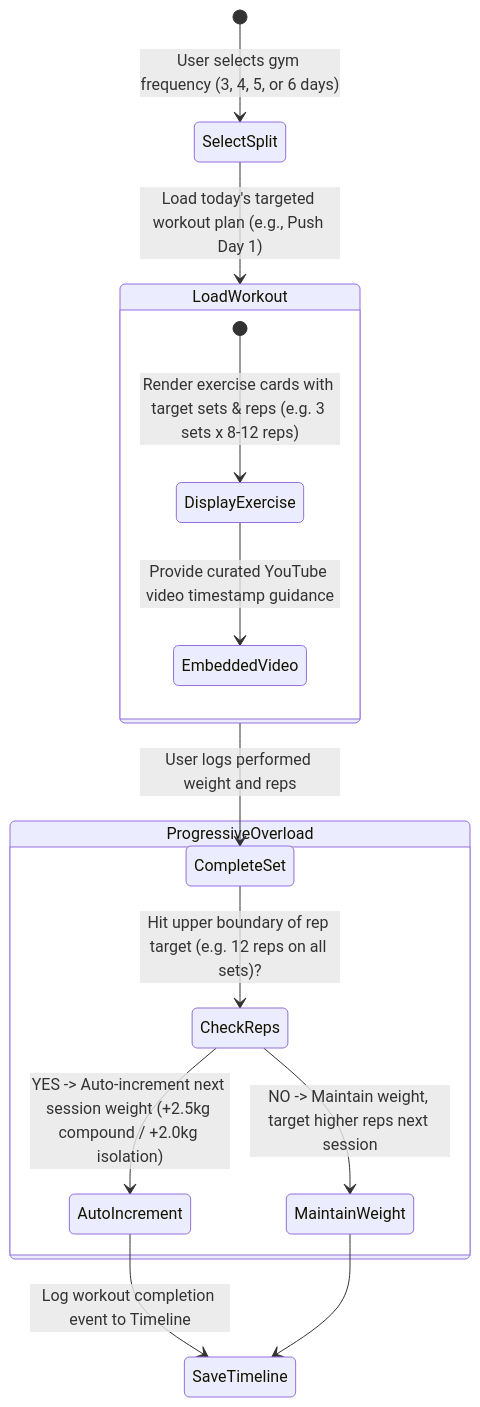
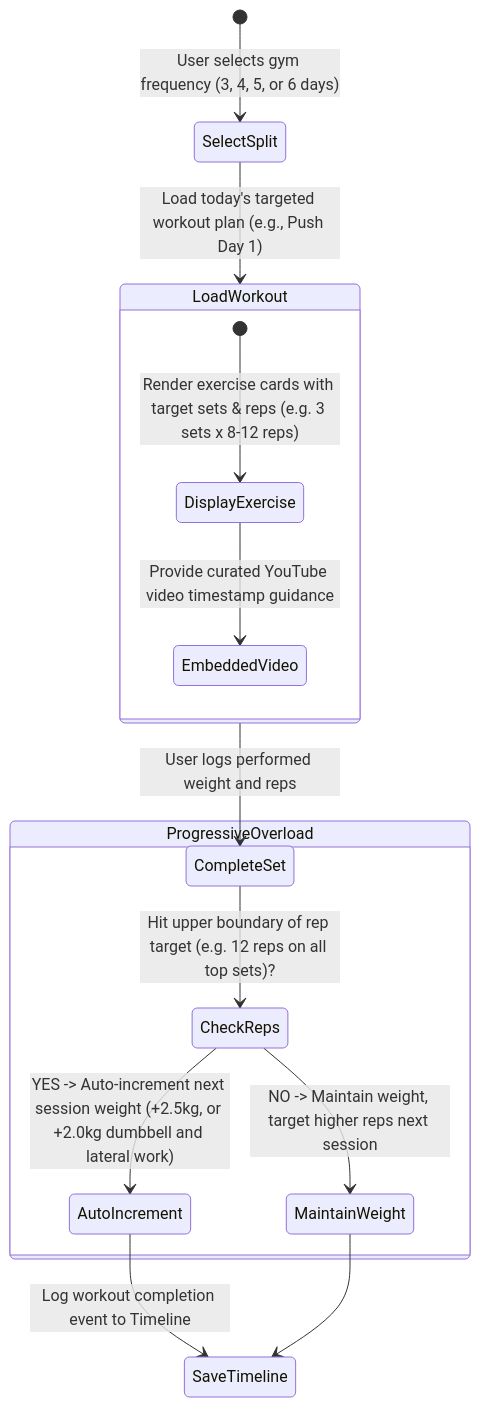
One commit to AdityaThakur193/HealthOs changed the fifth of 5 diagrams in ARCHITECTURE.md. Above: the diagram before and after it, drawn with Mermaid. The commit also changed other lines of this file and 66 other files, not shown here.

````diff
--- a/ARCHITECTURE.md
+++ b/ARCHITECTURE.md
@@ -129,21 +129,21 @@
 ```mermaid
 stateDiagram-v2
     [*] --> SelectSplit: User selects gym frequency (3, 4, 5, or 6 days)
     SelectSplit --> LoadWorkout: Load today's targeted workout plan (e.g., Push Day 1)
     
     state LoadWorkout {
         [*] --> DisplayExercise: Render exercise cards with target sets & reps (e.g. 3 sets x 8-12 reps)
         DisplayExercise --> EmbeddedVideo: Provide curated YouTube video timestamp guidance
     }
 
     LoadWorkout --> CompleteSet: User logs performed weight and reps
     
     state ProgressiveOverload {
-        CompleteSet --> CheckReps: Hit upper boundary of rep target (e.g. 12 reps on all sets)?
-        CheckReps --> AutoIncrement: YES -> Auto-increment next session weight (+2.5kg compound / +2.0kg isolation)
+        CompleteSet --> CheckReps: Hit upper boundary of rep target (e.g. 12 reps on all top sets)?
+        CheckReps --> AutoIncrement: YES -> Auto-increment next session weight (+2.5kg, or +2.0kg dumbbell and lateral work)
         CheckReps --> MaintainWeight: NO -> Maintain weight, target higher reps next session
     }
 
     AutoIncrement --> SaveTimeline: Log workout completion event to Timeline
     MaintainWeight --> SaveTimeline
 ```
````
